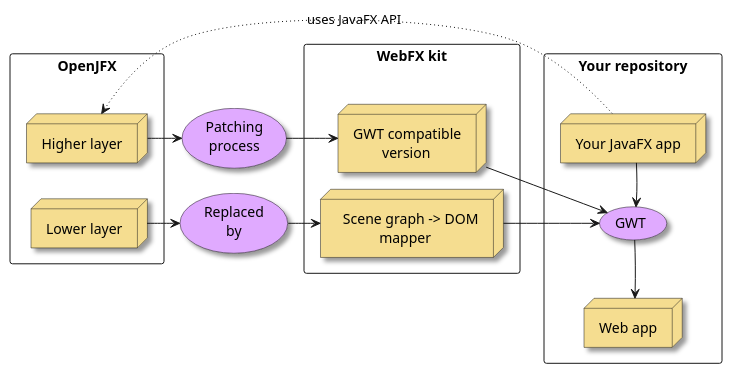
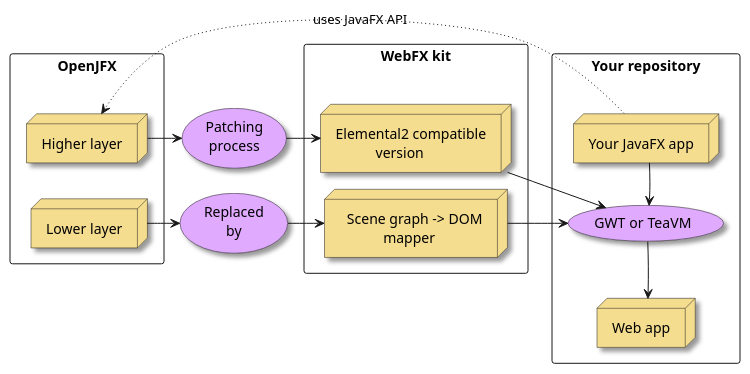
Before and after one commit to webfx-project/webfx-docs: the first of 5 diagrams in src/main/asciidoc/webfx-docs.adoc, drawn with PlantUML. The commit also changed other lines of this file, not shown here.

Commit message:
Minor corrections related to TeaVM

```diff
--- a/src/main/asciidoc/webfx-docs.adoc
+++ b/src/main/asciidoc/webfx-docs.adoc
@@ -18,50 +18,50 @@
 [plantuml, webfx-how-it-works, format=svg]
 ----
 skinparam ranksep 5
 skinparam nodesep 5
 skinparam shadowing true
 skinparam rectangleShadowing false
 skinparam nodeBackgroundColor f5dd90
 skinparam usecaseBackgroundColor e0aaff
 skinparam backgroundColor transparent
 
 rectangle "OpenJFX" {
     node "Higher layer" as o1
     node "Lower layer" as o2
 }
 o1 --[hidden]> o2
 
 usecase "Patching\nprocess" as pp
 usecase "Replaced\nby" as rb
 pp --[hidden]> rb
 
 rectangle "WebFX kit" {
-    node "GWT compatible\n        version" as w1
+    node "Elemental2 compatible\n           version" as w1
     node "  Scene graph -> DOM\n            mapper" as w2
 }
 w1 --[hidden]> w2
 
 rectangle "Your repository" {
     node "Your JavaFX app" as app
-    usecase "GWT" as gwt
+    usecase "GWT or TeaVM" as gwt
     node "Web app" as wa
 }
 
 o1 -r-> pp
 pp -r-> w1
 
 o2 -r-> rb
 rb -r-> w2
 
 app -[dotted]> o1: uses JavaFX API
 
 app -d-> gwt
 w1 -r-> gwt
 w2 -r-> gwt
 gwt -d-> wa
 
-' Adding more hidden arrows to force vartical alignment of elements in the "Your repository" rectangle
+' Adding more hidden arrows to force vertical alignment of elements in the "Your repository" rectangle
 app -[hidden]> gwt
 app -[hidden]> gwt
 gwt -[hidden]> wa
 ----
```
